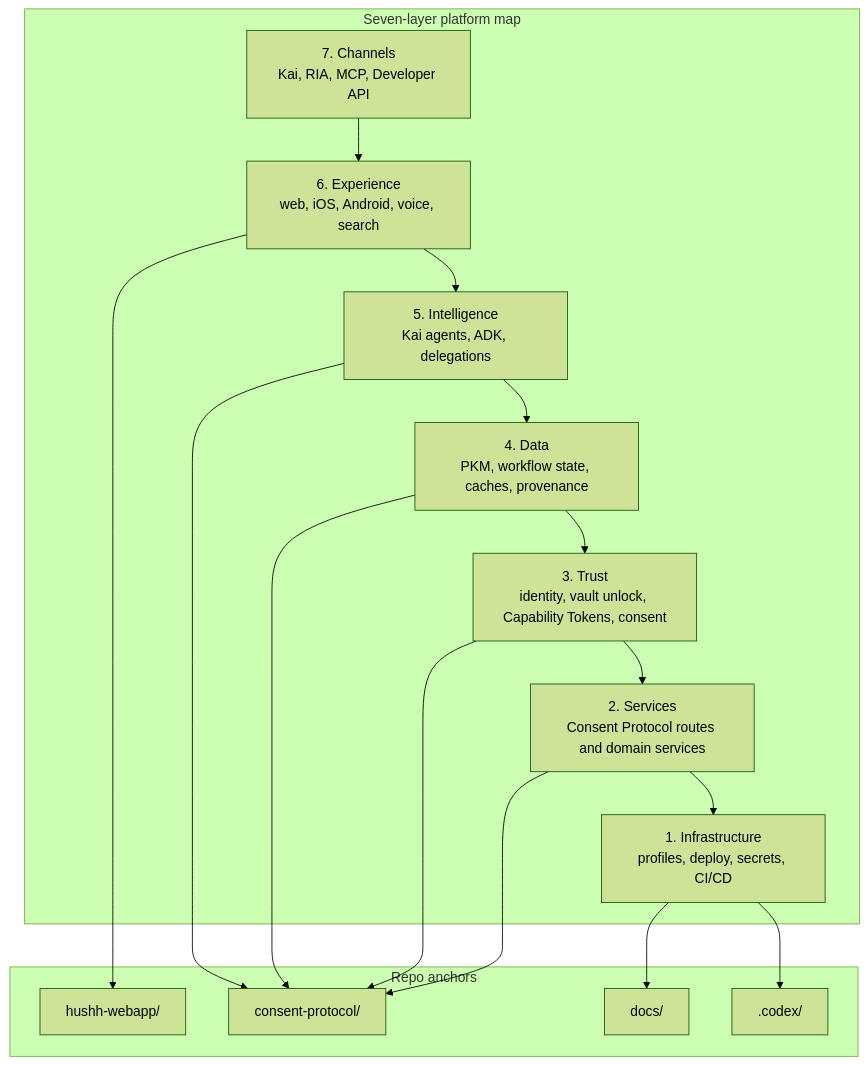
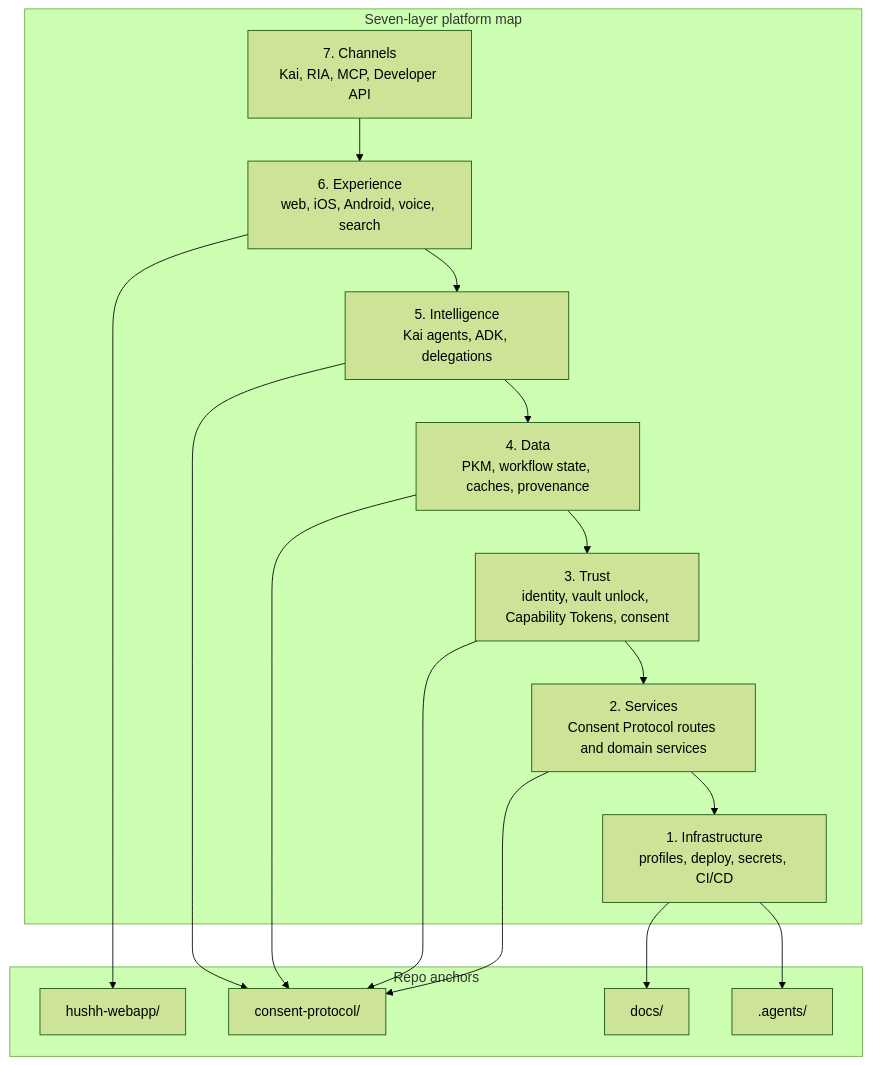
Before and after one commit to hushh-labs/hushh-research: the diagram in docs/project_context_map.md, drawn with Mermaid (forest theme). The commit also changed other lines of this file and 13 other files, not shown here.

````diff
--- a/docs/project_context_map.md
+++ b/docs/project_context_map.md
@@ -7,28 +7,28 @@
 ```mermaid
 flowchart TB
   subgraph layers["Seven-layer platform map"]
     l7["7. Channels<br/>Kai, RIA, MCP, Developer API"]
     l6["6. Experience<br/>web, iOS, Android, voice, search"]
     l5["5. Intelligence<br/>Kai agents, ADK, delegations"]
     l4["4. Data<br/>PKM, workflow state, caches, provenance"]
     l3["3. Trust<br/>identity, vault unlock, Capability Tokens, consent"]
     l2["2. Services<br/>Consent Protocol routes and domain services"]
     l1["1. Infrastructure<br/>profiles, deploy, secrets, CI/CD"]
   end
 
   subgraph repo["Repo anchors"]
     web["hushh-webapp/"]
     backend["consent-protocol/"]
     docs["docs/"]
-    codex[".codex/"]
+    codex[".agents/"]
   end
 
   l7 --> l6 --> l5 --> l4 --> l3 --> l2 --> l1
   l6 --> web
   l5 --> backend
   l4 --> backend
   l3 --> backend
   l2 --> backend
   l1 --> docs
   l1 --> codex
 ```
````
